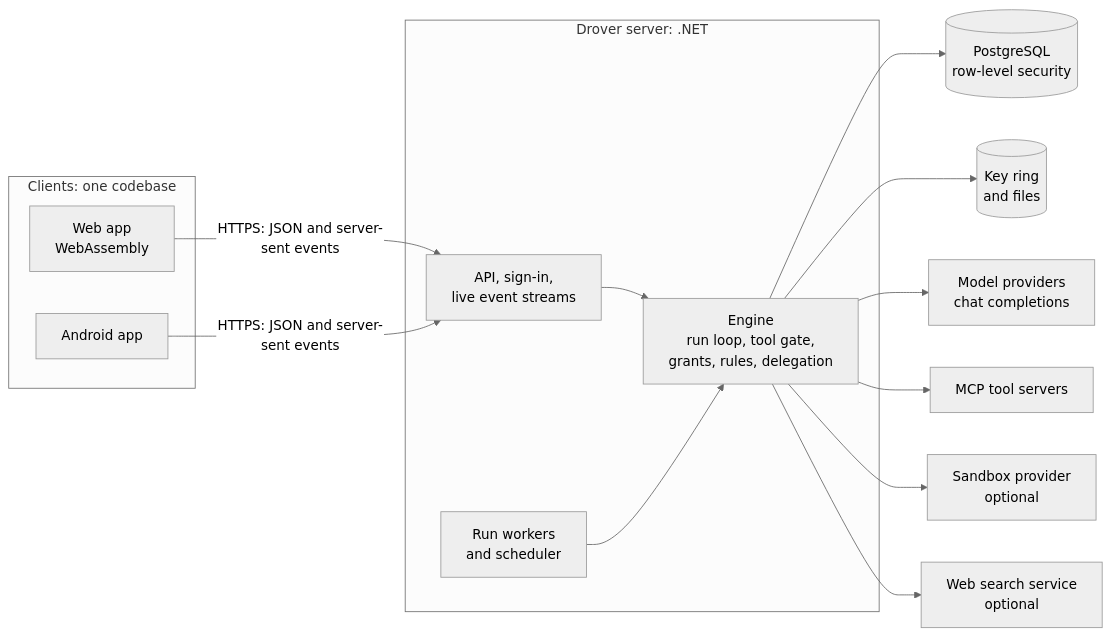
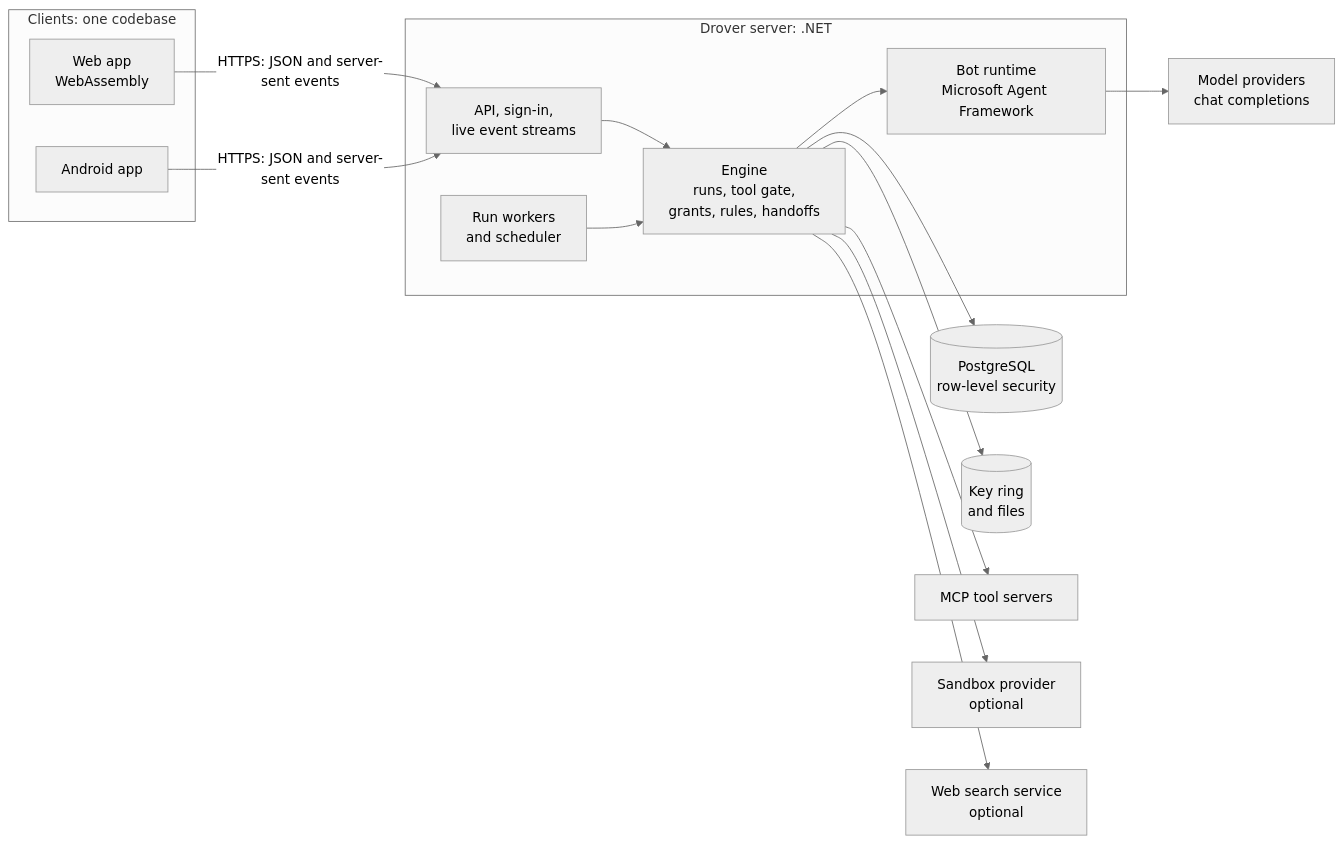
The diagram in README.md (Forrest-Technologies/drover), drawn with Mermaid (neutral theme) before and after one commit. The commit also changed other lines of this file, not shown here.

````diff
--- a/README.md
+++ b/README.md
@@ -182,31 +177,33 @@
 ```mermaid
 flowchart LR
     subgraph clients["Clients: one codebase"]
         web["Web app<br/>WebAssembly"]
         android["Android app"]
     end
 
     subgraph server["Drover server: .NET"]
         api["API, sign-in,<br/>live event streams"]
-        engine["Engine<br/>run loop, tool gate,<br/>grants, rules, delegation"]
+        engine["Engine<br/>runs, tool gate,<br/>grants, rules, handoffs"]
+        agents["Bot runtime<br/>Microsoft Agent Framework"]
         workers["Run workers<br/>and scheduler"]
     end
 
     db[("PostgreSQL<br/>row-level security")]
     vault[("Key ring<br/>and files")]
     models["Model providers<br/>chat completions"]
     mcp["MCP tool servers"]
     sandbox["Sandbox provider<br/>optional"]
     search["Web search service<br/>optional"]
 
     web -->|"HTTPS: JSON and server-sent events"| api
     android -->|"HTTPS: JSON and server-sent events"| api
     api --> engine
     workers --> engine
+    engine --> agents
+    agents --> models
     engine --> db
     engine --> vault
-    engine --> models
     engine --> mcp
     engine --> sandbox
     engine --> search
 ```
````
